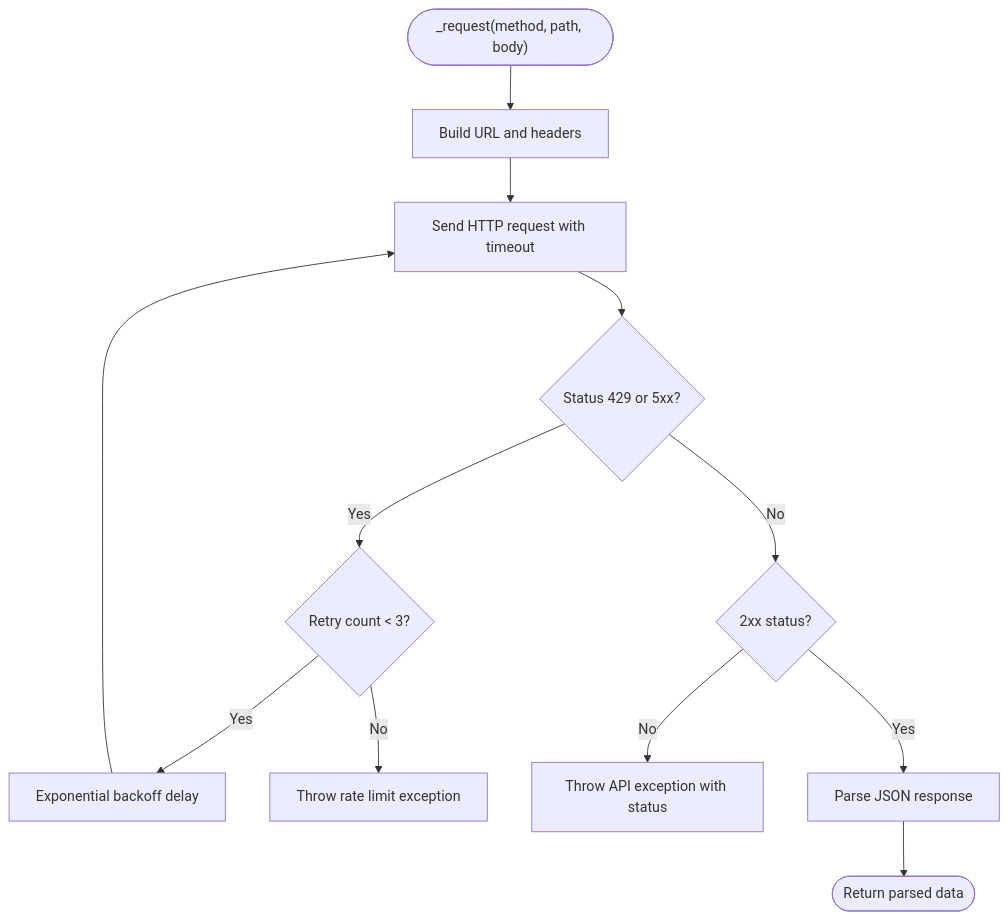
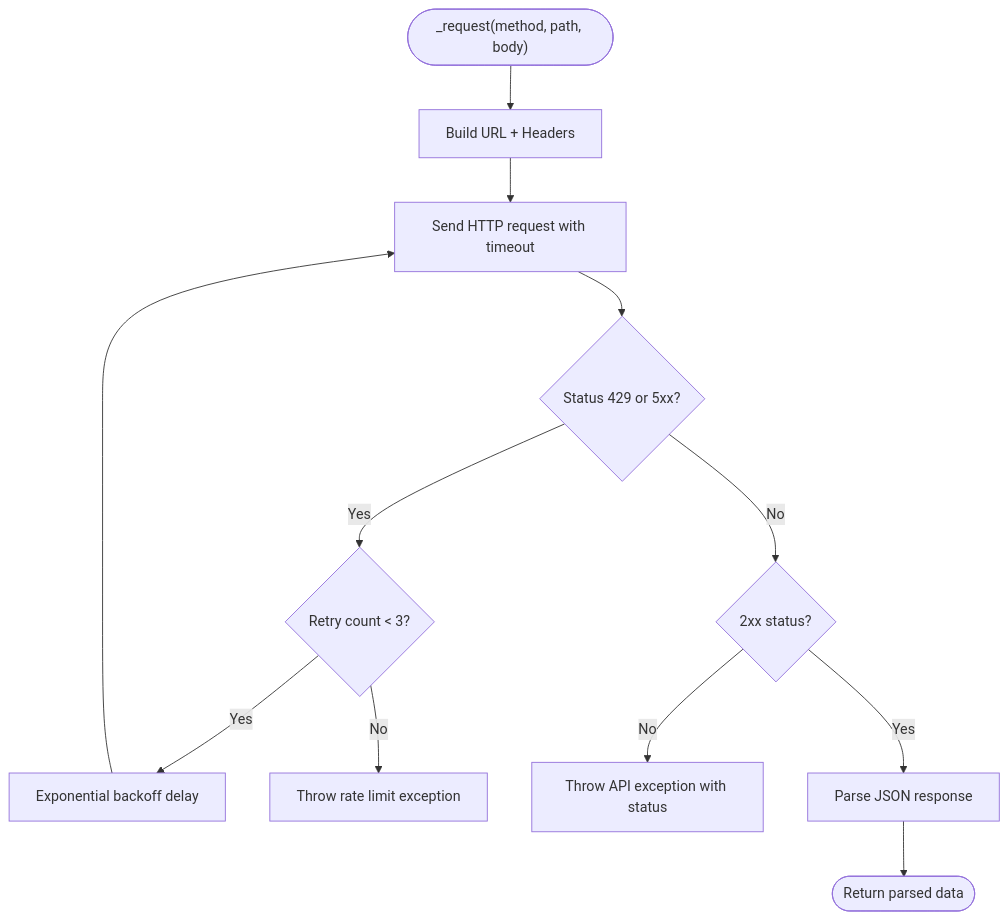
One commit to cripnail/kling_app changed the fifth of 7 diagrams in .qoder/repowiki/en/content/API Integration.md. Above: the diagram before and after it, drawn with Mermaid. The commit also changed other lines of this file and 15 other files, not shown here.

````diff
--- a/.qoder/repowiki/en/content/API Integration.md
+++ b/.qoder/repowiki/en/content/API Integration.md
@@ -138,14 +192,14 @@
 ```mermaid
 flowchart TD
-Enter(["_request(method, path, body)"]) --> Build["Build URL and headers"]
+Enter(["_request(method, path, body)"]) --> Build["Build URL + Headers"]
 Build --> Send["Send HTTP request with timeout"]
 Send --> Check429{"Status 429 or 5xx?"}
 Check429 --> |Yes| Retryable{"Retry count < 3?"}
 Retryable --> |Yes| Backoff["Exponential backoff delay"]
 Backoff --> Send
 Retryable --> |No| ThrowRL["Throw rate limit exception"]
 Check429 --> |No| Check2xx{"2xx status?"}
 Check2xx --> |No| ThrowErr["Throw API exception with status"]
 Check2xx --> |Yes| Parse["Parse JSON response"]
 Parse --> Return(["Return parsed data"])
 ```
````
